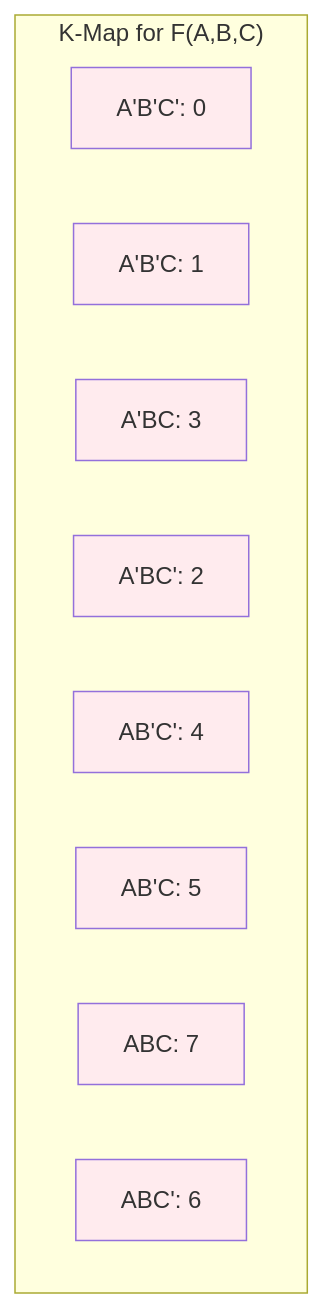
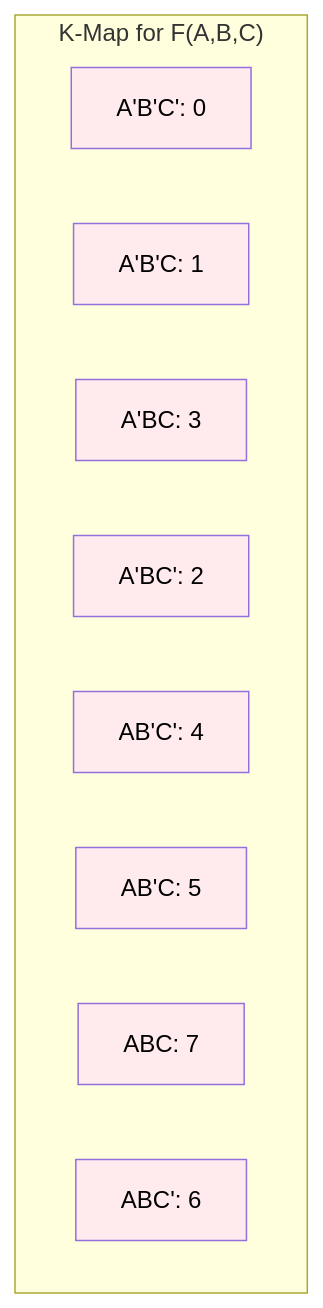
Diagram 24 of 32 in ee2026/lect/L2 lecture notes/EE2026_Week_2_Boolean_Logic_Visual_Guide.md (Yxiang-828/Yxiang-828.github.io), drawn with Mermaid before and after one commit. The commit also changed other lines of this file, not shown here.

````diff
--- a/ee2026/lect/L2 lecture notes/EE2026_Week_2_Boolean_Logic_Visual_Guide.md
+++ b/ee2026/lect/L2 lecture notes/EE2026_Week_2_Boolean_Logic_Visual_Guide.md
@@ -621,22 +658,22 @@
 ```mermaid
 graph TD
     subgraph "K-Map for F(A,B,C)"
         K00[A'B'C': 0]
         K01[A'B'C: 1]
         K11[A'BC: 3]
         K10[A'BC': 2]
         K20[AB'C': 4]
         K21[AB'C: 5]
         K31[ABC: 7]
         K30[ABC': 6]
     end
     
-    style K00 fill:#ffebee
-    style K01 fill:#ffebee
-    style K11 fill:#ffebee
-    style K10 fill:#ffebee
-    style K20 fill:#ffebee
-    style K21 fill:#ffebee
-    style K31 fill:#ffebee
-    style K30 fill:#ffebee
+    style K00 fill:#ffebee,color:#000
+    style K01 fill:#ffebee,color:#000
+    style K11 fill:#ffebee,color:#000
+    style K10 fill:#ffebee,color:#000
+    style K20 fill:#ffebee,color:#000
+    style K21 fill:#ffebee,color:#000
+    style K31 fill:#ffebee,color:#000
+    style K30 fill:#ffebee,color:#000
 ```
````
